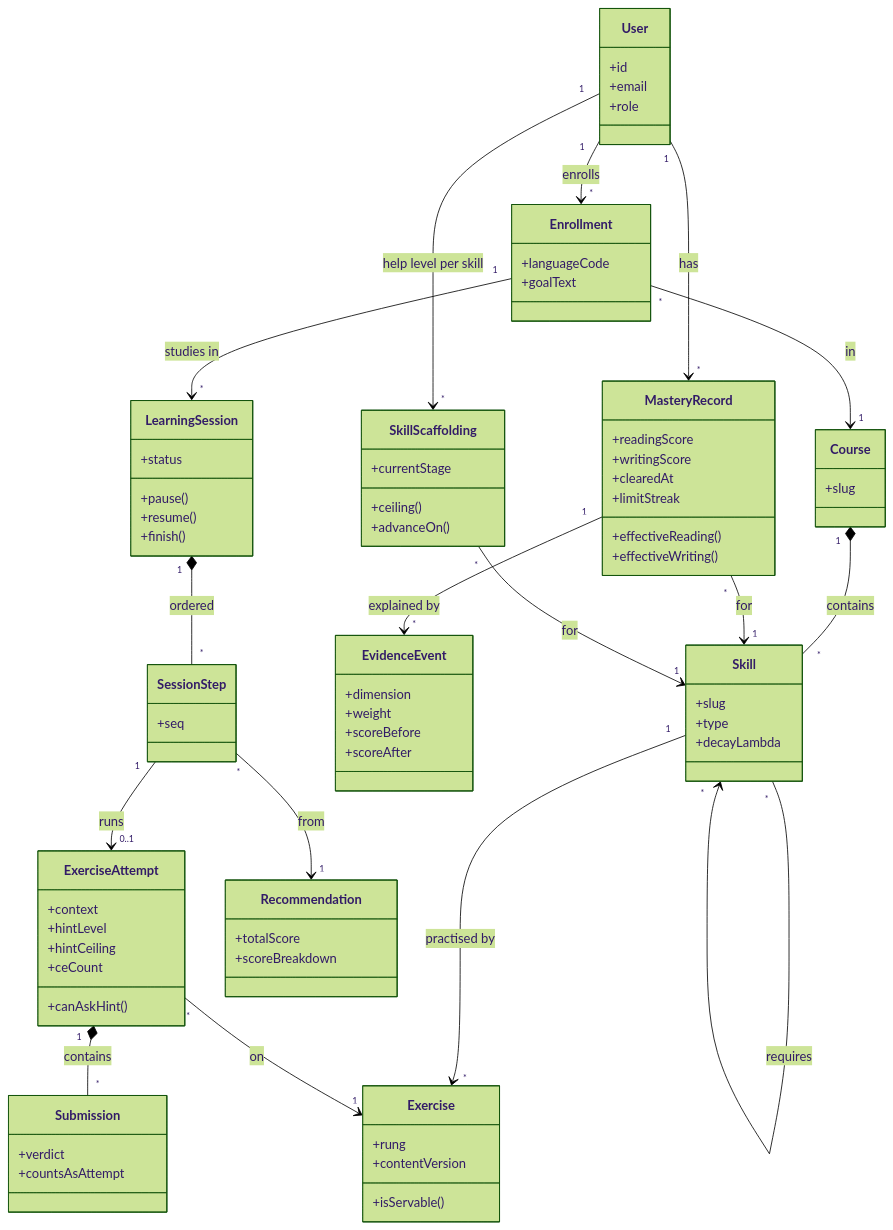
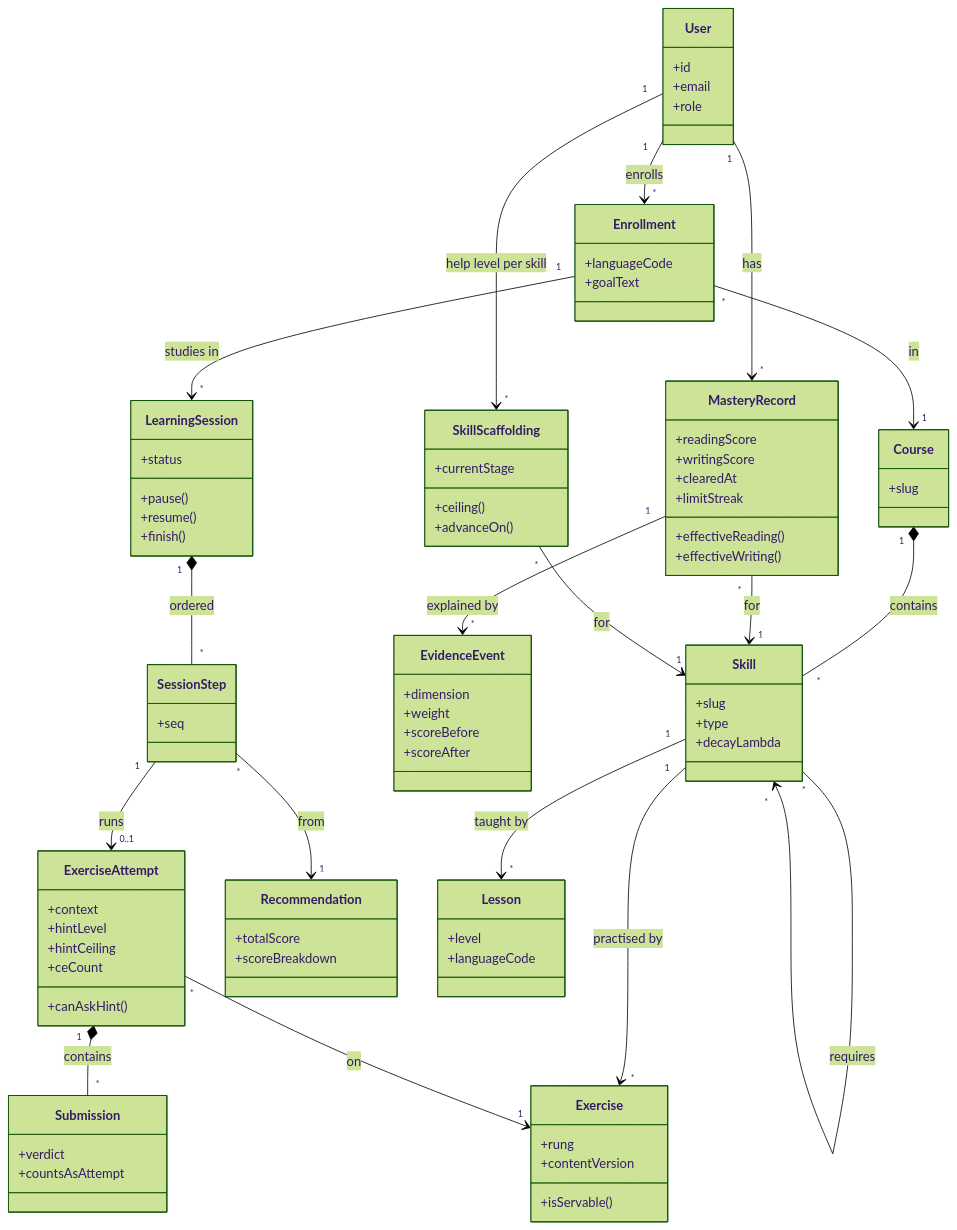
Diagram 14 of 27 in DOCS/phase-3/MP3-Draft-Report.md (Nidanos/ai-tutor-platform), drawn with Mermaid (forest theme) before and after one commit. The commit also changed other lines of this file and 1 other file, not shown here.

```diff
--- a/DOCS/phase-3/MP3-Draft-Report.md
+++ b/DOCS/phase-3/MP3-Draft-Report.md
@@ -807,6 +892,10 @@
     +ceiling()
     +advanceOn()
   }
+  class Lesson {
+    +level
+    +languageCode
+  }
   User "1" --> "*" Enrollment : enrolls
   Enrollment "*" --> "1" Course : in
   Course "1" *-- "*" Skill : contains
@@ -815,6 +904,7 @@
   MasteryRecord "*" --> "1" Skill : for
   MasteryRecord "1" --> "*" EvidenceEvent : explained by
   Skill "1" --> "*" Exercise : practised by
+  Skill "1" --> "*" Lesson : taught by
   ExerciseAttempt "*" --> "1" Exercise : on
   ExerciseAttempt "1" *-- "*" Submission : contains
   Enrollment "1" --> "*" LearningSession : studies in
```
